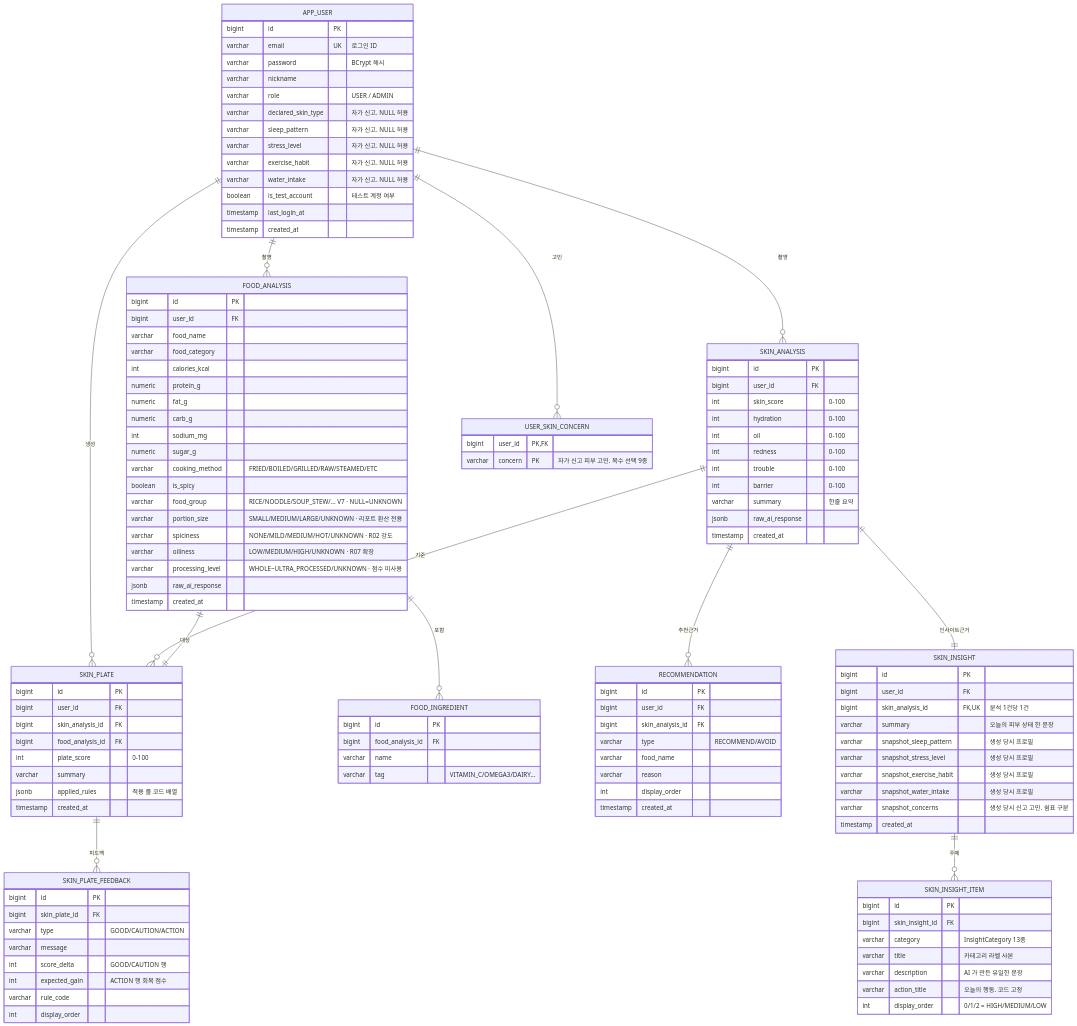
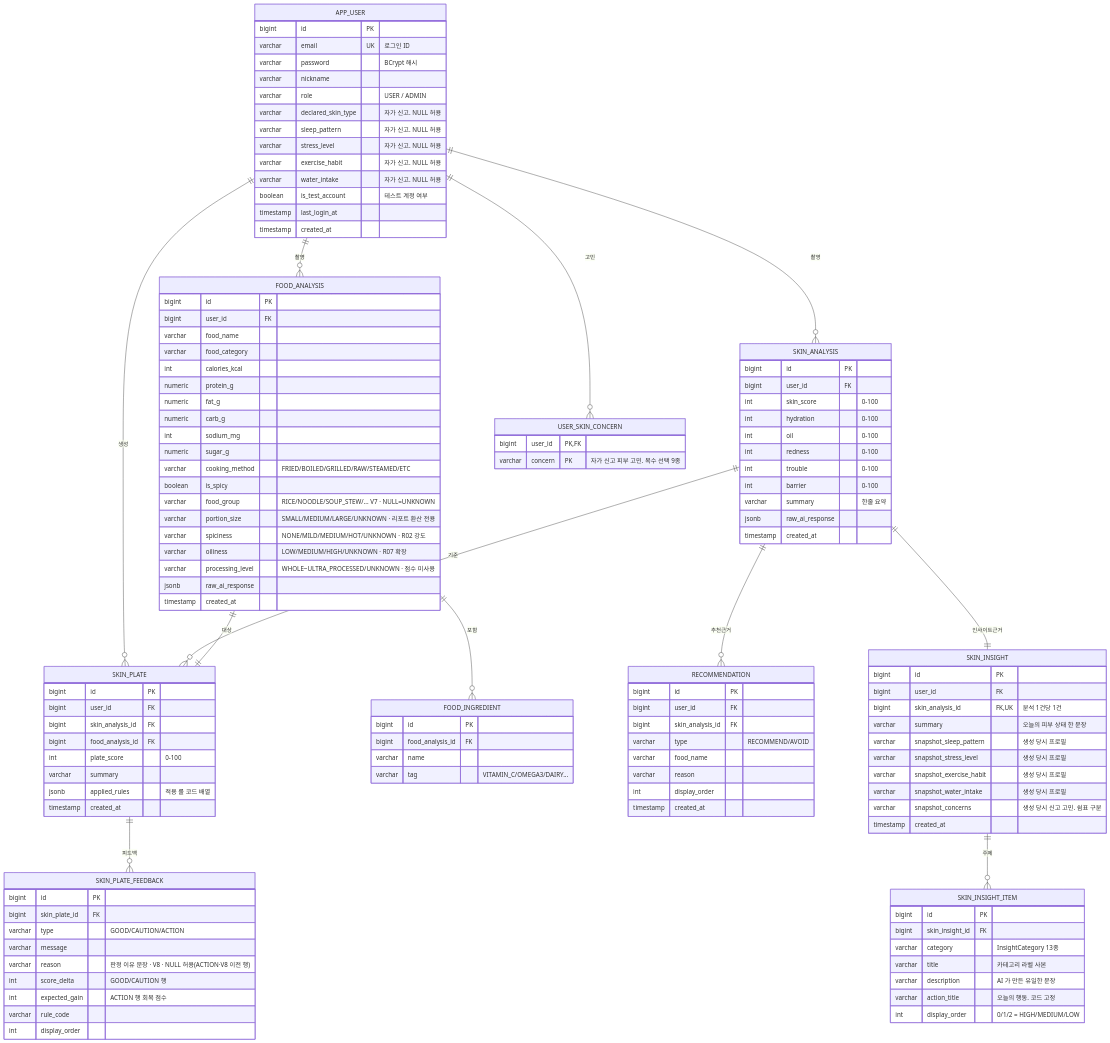
Before and after one commit to LikeLion-DU/Skinpick-backend: the fourth of 8 diagrams in SkinPlate_PRD.md, drawn with Mermaid. The commit also changed other lines of this file and 2 other files, not shown here.

```diff
--- a/SkinPlate_PRD.md
+++ b/SkinPlate_PRD.md
@@ -1516,6 +1513,7 @@
         bigint skin_plate_id FK
         varchar type "GOOD/CAUTION/ACTION"
         varchar message
+        varchar reason "판정 이유 문장 · V8 · NULL 허용(ACTION·V8 이전 행)"
         int score_delta "GOOD/CAUTION 행"
         int expected_gain "ACTION 행 회복 점수"
         varchar rule_code
```
